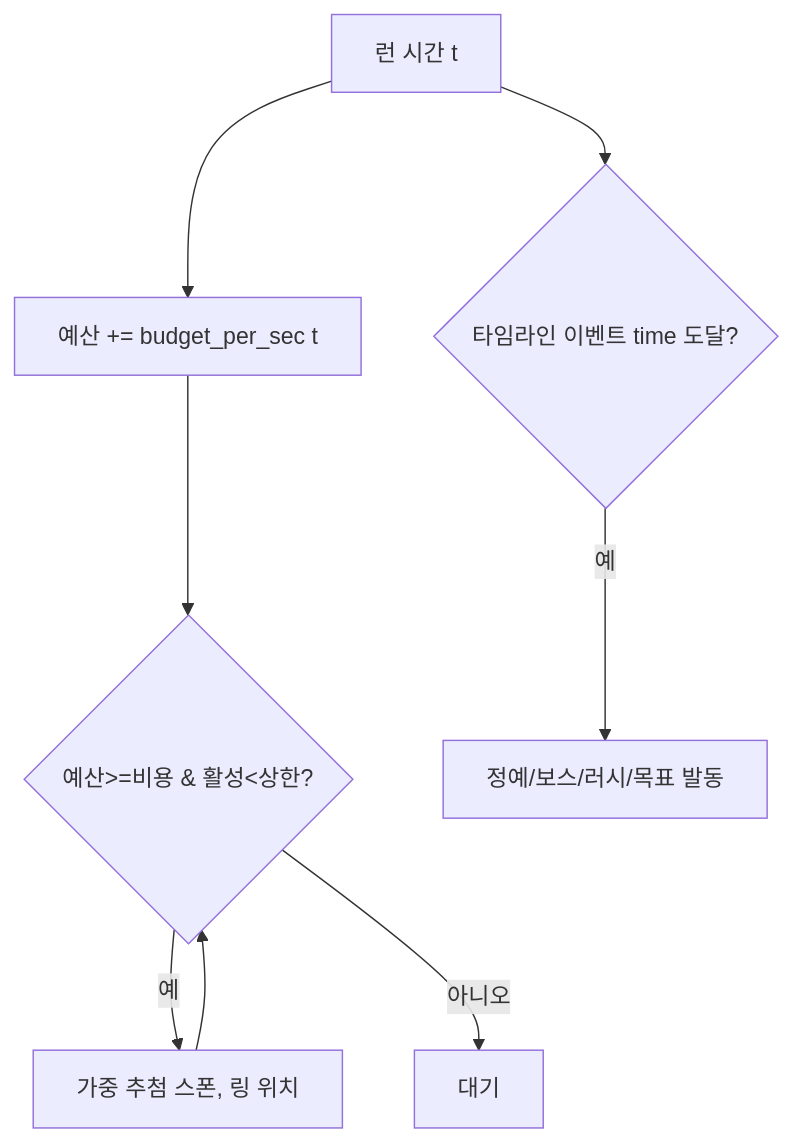
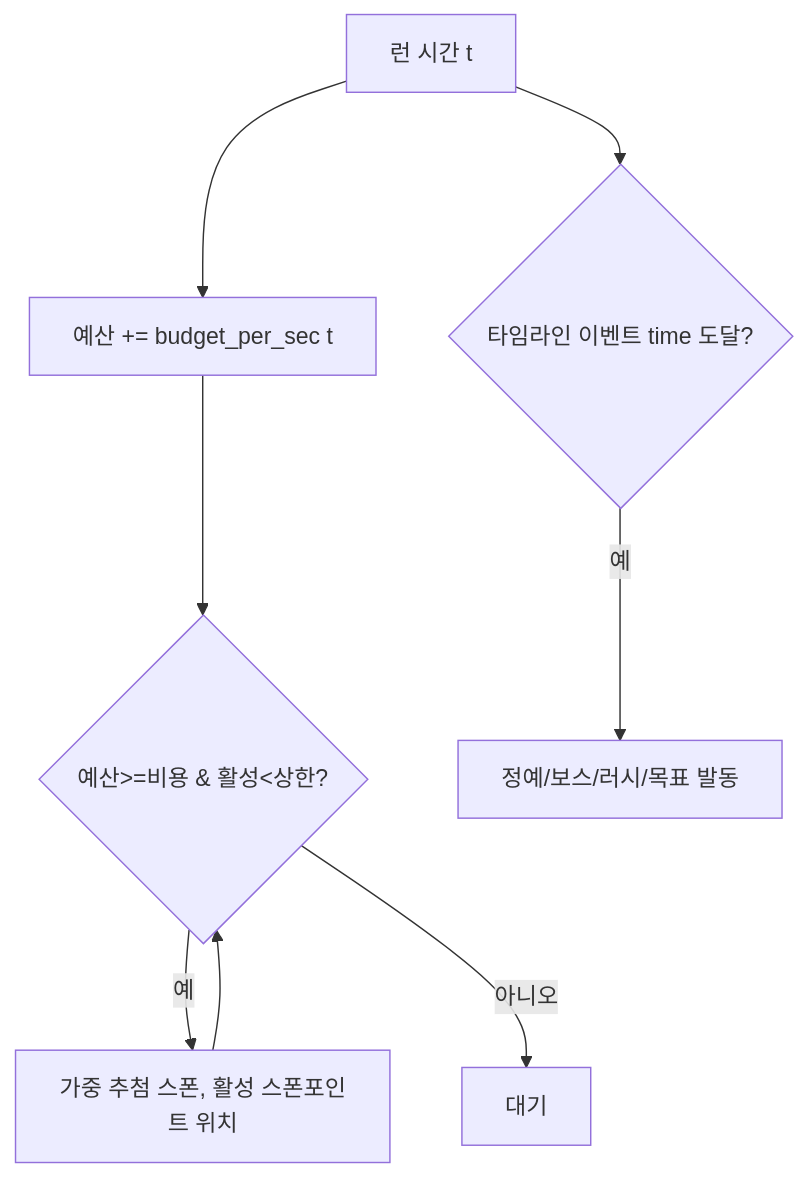
One commit to gyuha/mudang changed the diagram in docs/04-적-스폰시스템.md. Above: the diagram before and after it, drawn with Mermaid. The commit also changed other lines of this file and 60 other files, not shown here.

````diff
--- a/docs/04-적-스폰시스템.md
+++ b/docs/04-적-스폰시스템.md
@@ -74,9 +80,9 @@
 ```mermaid
 flowchart TD
     T[런 시간 t] --> B[예산 += budget_per_sec t]
     B --> Q{예산>=비용 & 활성<상한?}
-    Q -->|예| SP[가중 추첨 스폰, 링 위치] --> Q
+    Q -->|예| SP[가중 추첨 스폰, 활성 스폰포인트 위치] --> Q
     Q -->|아니오| W[대기]
     T --> EV{타임라인 이벤트 time 도달?}
     EV -->|예| FIRE[정예/보스/러시/목표 발동]
 ```
````
